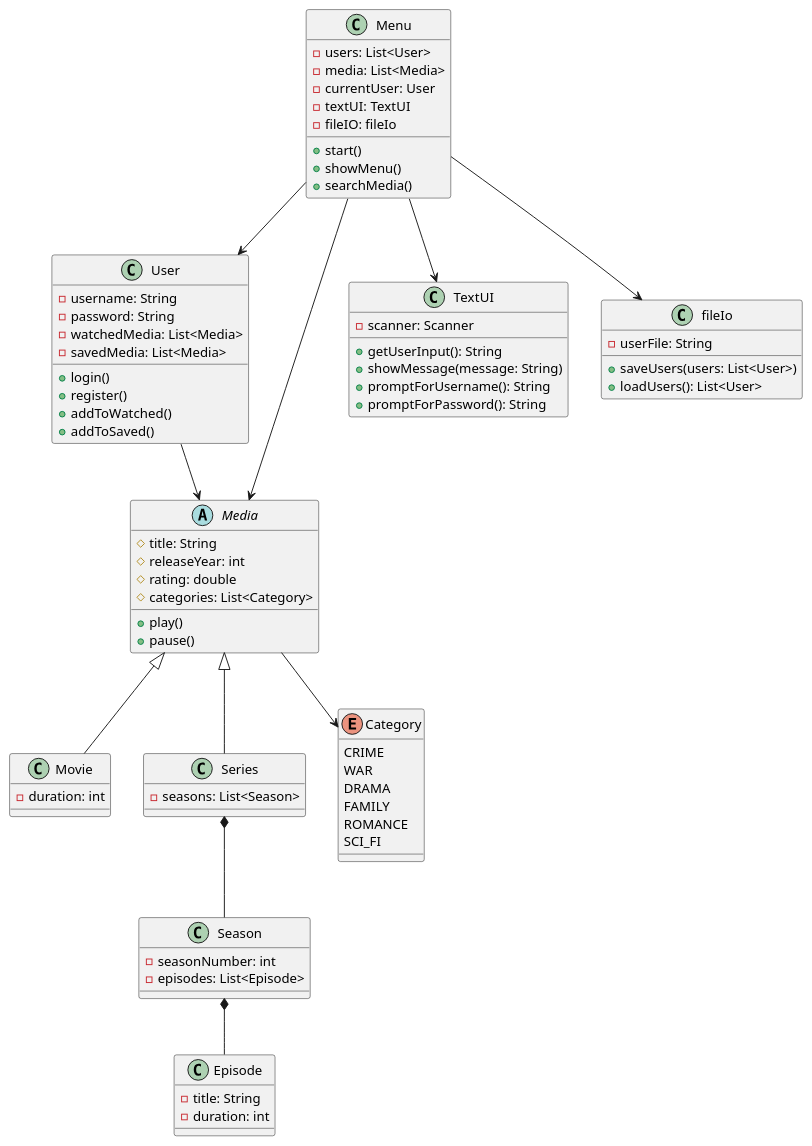
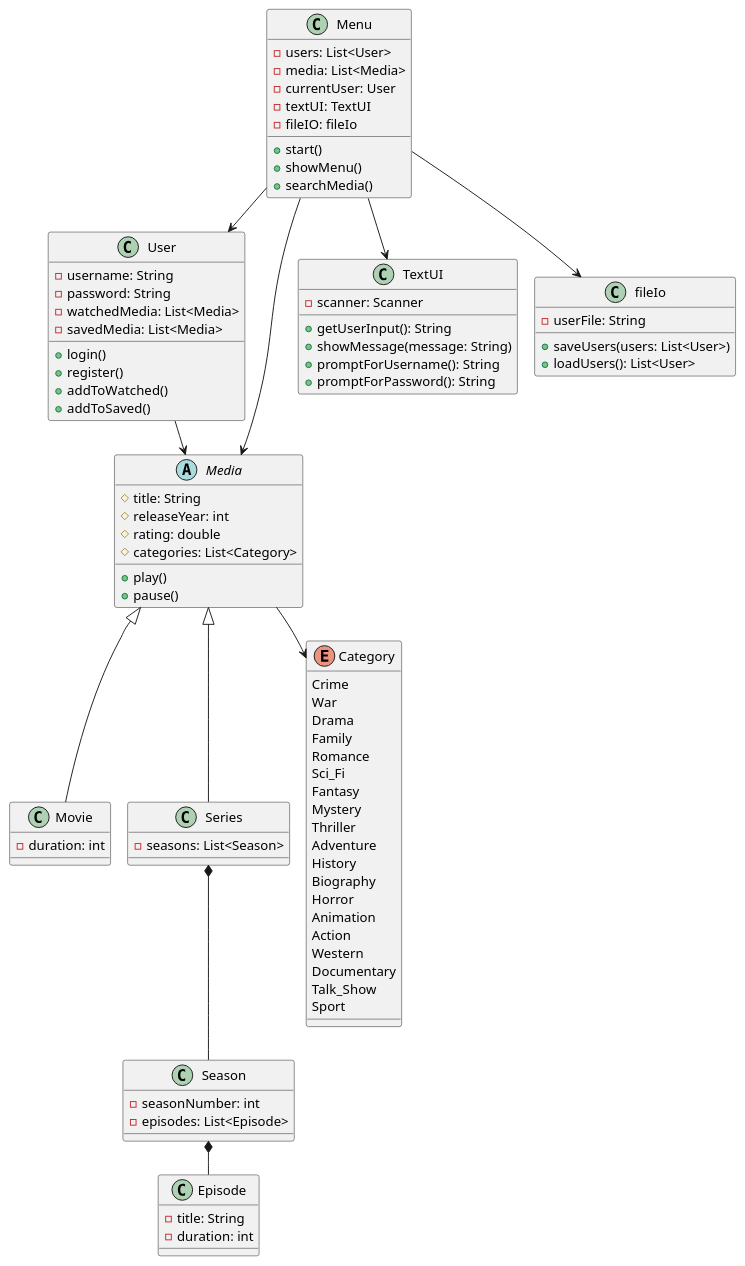
One commit to Nali1234-lab/SP3 changed the diagram in Diagram/claasedigram-v-0..puml. Above: the diagram before and after it, drawn with PlantUML. The commit also changed 1 other file, not shown here.

```diff
--- a/Diagram/claasedigram-v-0..puml
+++ b/Diagram/claasedigram-v-0..puml
@@ -1,93 +1,107 @@
 @startuml
+!pragma layout smetana
 
 class User {
   - username: String
   - password: String
   - watchedMedia: List<Media>
   - savedMedia: List<Media>
   + login()
   + register()
   + addToWatched()
   + addToSaved()
 }
 
 abstract class Media {
   # title: String
   # releaseYear: int
   # rating: double
   # categories: List<Category>
   + play()
   +pause()
 }
 
 class Movie {
   - duration: int
 }
 
 class Series {
   - seasons: List<Season>
 }
 
 class Season {
   - seasonNumber: int
   - episodes: List<Episode>
 }
 
 class Episode {
   - title: String
   - duration: int
 }
 
 enum Category {
-  CRIME
-  WAR
-  DRAMA
-  FAMILY
-  ROMANCE
-  SCI_FI
+  Crime
+  War
+  Drama
+  Family
+  Romance
+  Sci_Fi
+  Fantasy
+  Mystery
+  Thriller
+  Adventure
+  History
+  Biography
+  Horror
+  Animation
+  Action
+  Western
+  Documentary
+  Talk_Show
+  Sport
 }
 
 class Menu {
   - users: List<User>
   - media: List<Media>
   - currentUser: User
   - textUI: TextUI
   - fileIO: fileIo
   + start()
   + showMenu()
   + searchMedia()
 }
 
 class TextUI {
   - scanner: Scanner
   + getUserInput(): String
   + showMessage(message: String)
   + promptForUsername(): String
     + promptForPassword(): String
 }
 
 class fileIo {
   - userFile: String
   + saveUsers(users: List<User>)
   + loadUsers(): List<User>
 }
 
 ' Arv
 Media <|-- Movie
 Media <|-- Series
 
 ' Komposition
 Series *-- Season
 Season *-- Episode
 
 ' Association
 User --> Media
 Media --> Category
 Menu --> User
 Menu --> Media
 
 ' Dependency
 Menu --> TextUI
 Menu --> fileIo
 
 @enduml
```
